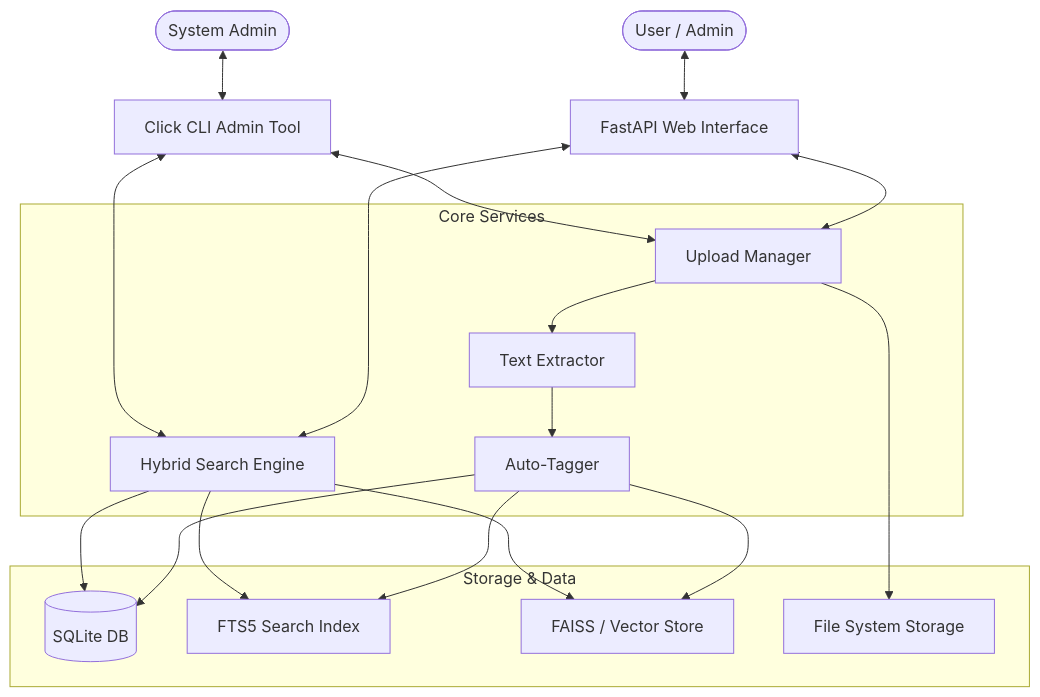
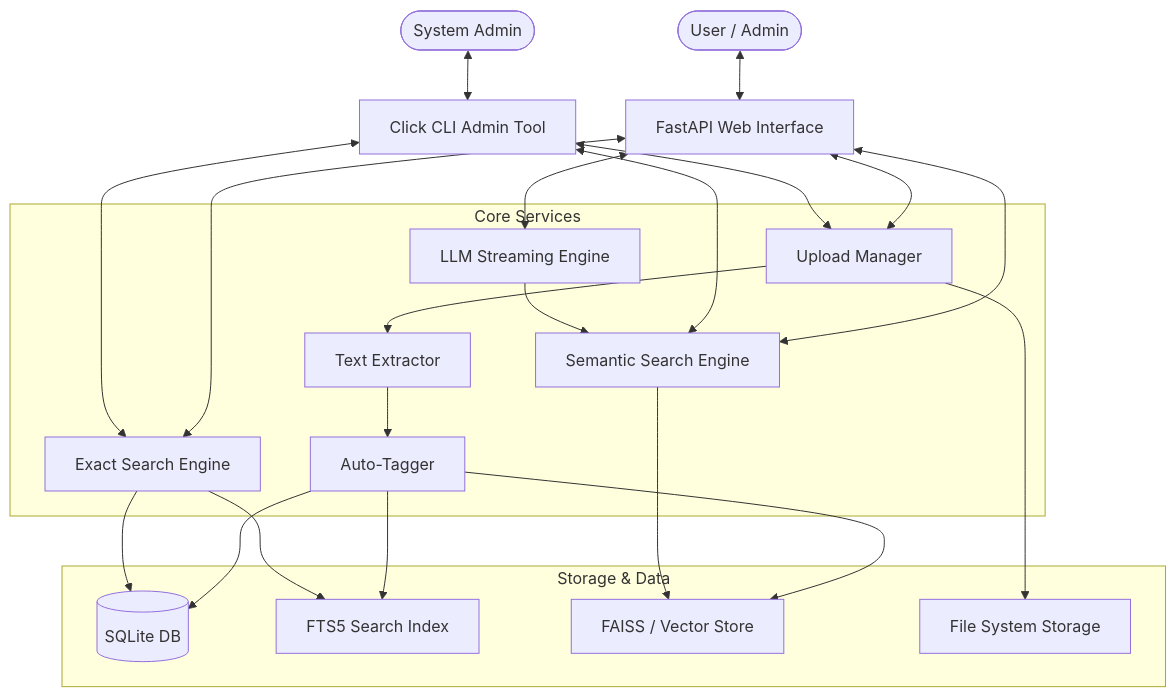
Before and after one commit to whis24virus/officeLegalFileManager: the diagram in docs/ARCHITECTURE.md, drawn with Mermaid. The commit also changed other lines of this file and 17 other files, not shown here.

First line of the commit message:
feat: Decoupled search APIs and LLM token streaming

````diff
--- a/docs/ARCHITECTURE.md
+++ b/docs/ARCHITECTURE.md
@@ -8,38 +8,44 @@
 ```mermaid
 graph TD
     User([User / Admin])
     WebUI[FastAPI Web Interface]
     CLI[Click CLI Admin Tool]
     
     subgraph Core Services
         Upload[Upload Manager]
         Ext[Text Extractor]
         Tag[Auto-Tagger]
-        Search[Hybrid Search Engine]
+        SearchExact[Exact Search Engine]
+        SearchSemantic[Semantic Search Engine]
+        RAG[LLM Streaming Engine]
     end
     
     subgraph Storage & Data
         SQLite[(SQLite DB)]
         FTS[FTS5 Search Index]
         VectorDB[FAISS / Vector Store]
         FileSys[File System Storage]
     end
     
     User <--> WebUI
     Admin([System Admin]) <--> CLI
     WebUI <--> Upload
-    WebUI <--> Search
+    WebUI <--> SearchExact
+    WebUI <--> SearchSemantic
+    WebUI <--> RAG
     CLI <--> Upload
-    CLI <--> Search
+    CLI <--> SearchExact
+    CLI <--> SearchSemantic
     
     Upload --> Ext
     Ext --> Tag
     Upload --> FileSys
     Tag --> SQLite
     Tag --> FTS
     Tag --> VectorDB
     
-    Search --> SQLite
-    Search --> FTS
-    Search --> VectorDB
+    SearchExact --> SQLite
+    SearchExact --> FTS
+    SearchSemantic --> VectorDB
+    RAG --> SearchSemantic
 ```
````
